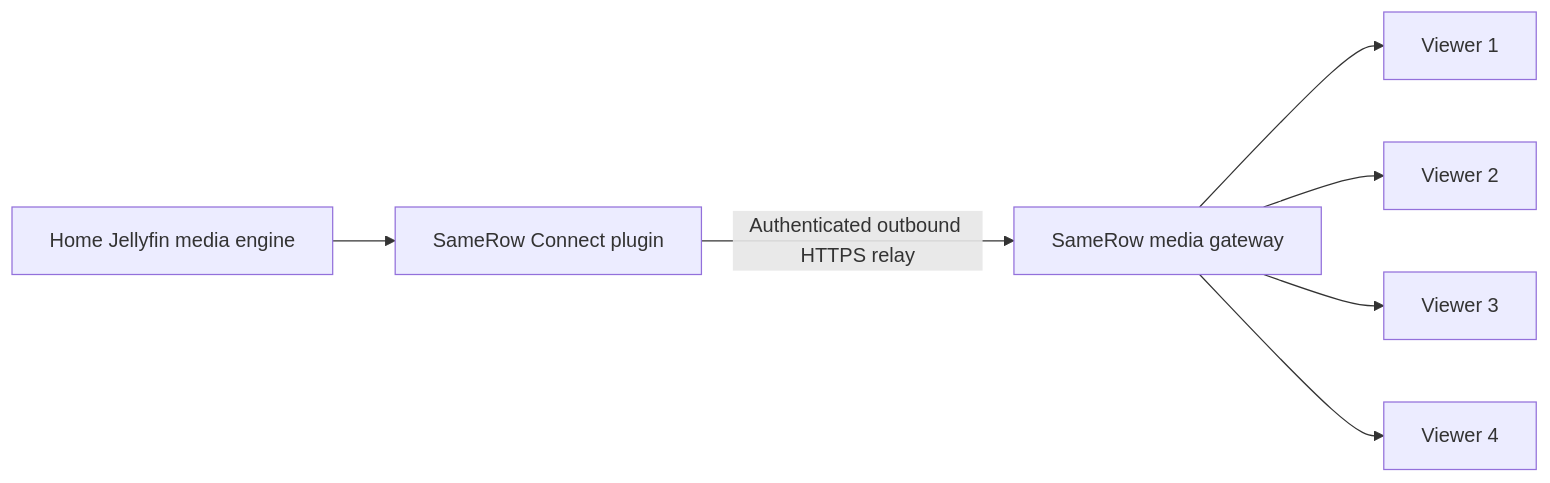
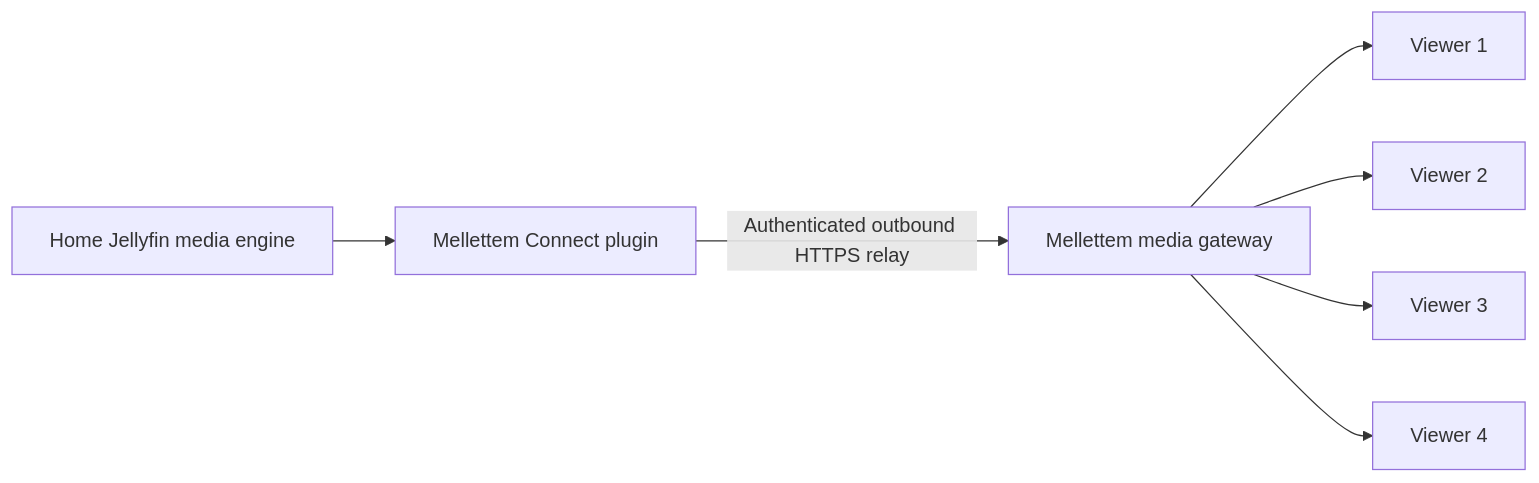
One commit to devpratyushh/Samerow-V2 changed the second of 2 diagrams in docs/media-architecture.md. Above: the diagram before and after it, drawn with Mermaid. The commit also changed other lines of this file and 103 other files, not shown here.

Commit message:
Rebrand as Mellettem and show Jellyfin relay uptime

````diff
--- a/docs/media-architecture.md
+++ b/docs/media-architecture.md
@@ -60,9 +60,9 @@
 ```mermaid
 flowchart LR
-    Jellyfin[Home Jellyfin media engine] --> Plugin[SameRow Connect plugin]
-    Plugin -->|Authenticated outbound HTTPS relay| Gateway[SameRow media gateway]
+    Jellyfin[Home Jellyfin media engine] --> Plugin[Mellettem Connect plugin]
+    Plugin -->|Authenticated outbound HTTPS relay| Gateway[Mellettem media gateway]
     Gateway --> A[Viewer 1]
     Gateway --> B[Viewer 2]
     Gateway --> C[Viewer 3]
     Gateway --> D[Viewer 4]
 ```
````
